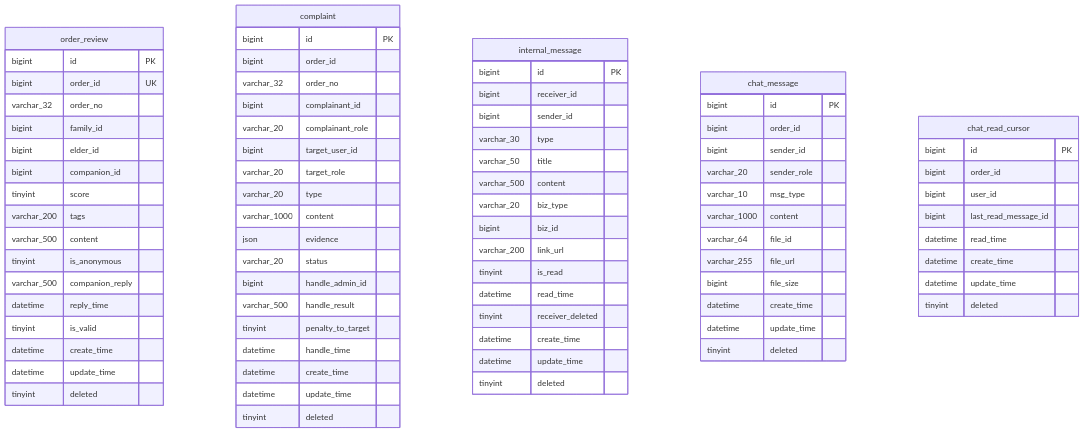
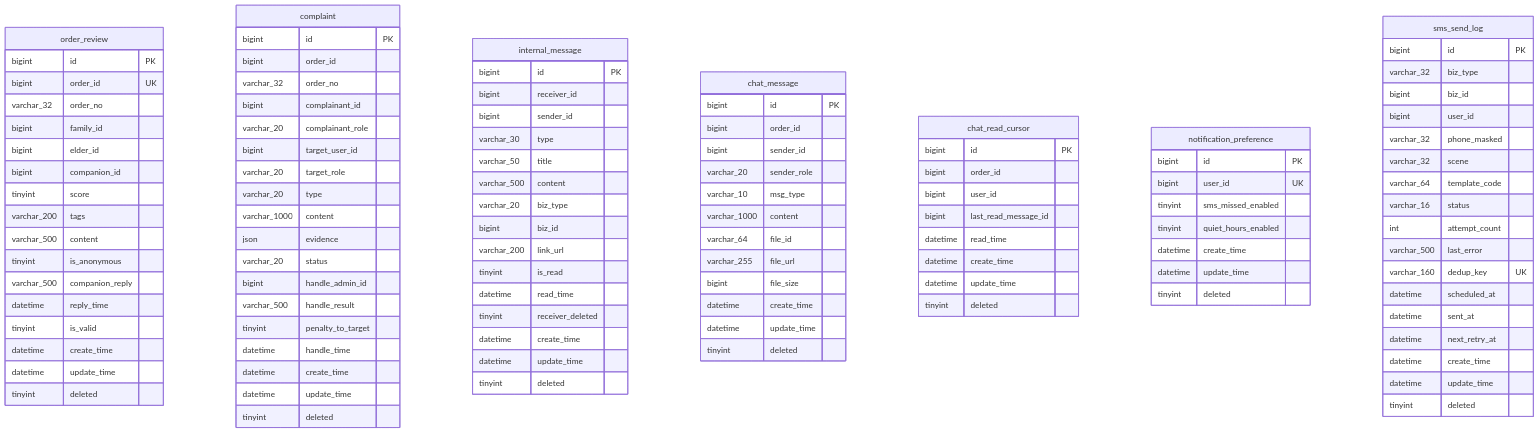
One commit to wangpanbin/Senior-Companion-Health-Assessment changed the sixth of 7 diagrams in docs/db/01-ER图.md. Above: the diagram before and after it, drawn with Mermaid. The commit also changed other lines of this file and 6 other files, not shown here.

````diff
--- a/docs/db/01-ER图.md
+++ b/docs/db/01-ER图.md
@@ -533,4 +537,32 @@
         datetime update_time
         tinyint deleted
     }
+    notification_preference {
+        bigint id PK
+        bigint user_id UK
+        tinyint sms_missed_enabled
+        tinyint quiet_hours_enabled
+        datetime create_time
+        datetime update_time
+        tinyint deleted
+    }
+    sms_send_log {
+        bigint id PK
+        varchar_32 biz_type
+        bigint biz_id
+        bigint user_id
+        varchar_32 phone_masked
+        varchar_32 scene
+        varchar_64 template_code
+        varchar_16 status
+        int attempt_count
+        varchar_500 last_error
+        varchar_160 dedup_key UK
+        datetime scheduled_at
+        datetime sent_at
+        datetime next_retry_at
+        datetime create_time
+        datetime update_time
+        tinyint deleted
+    }
 ```
````
